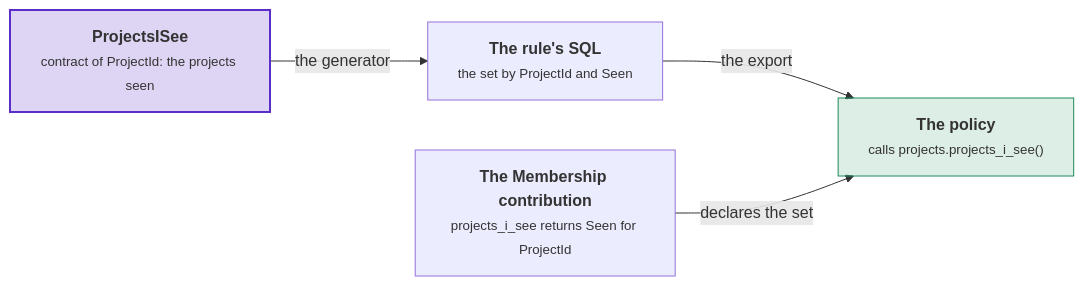
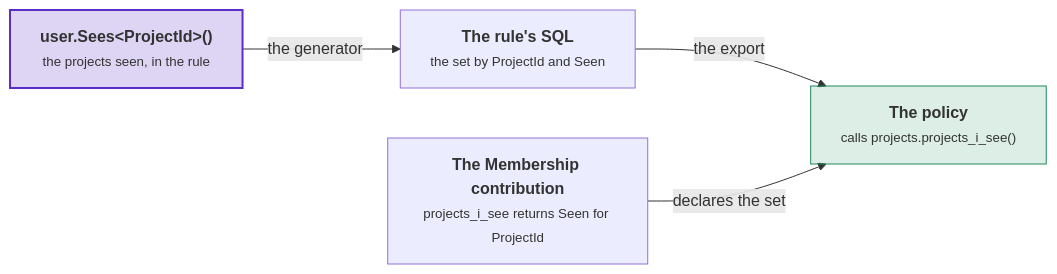
One commit to DylanSnel/DDDToolkit changed the ninth of 14 diagrams in docs/row-level-security.md. Above: the diagram before and after it, drawn with Mermaid. The commit also changed other lines of this file and 102 other files, not shown here.

````diff
--- a/docs/row-level-security.md
+++ b/docs/row-level-security.md
@@ -1689,14 +1707,14 @@
 ```mermaid
 flowchart LR
-    contract["<b>ProjectsISee</b><br/><small>contract of ProjectId: the projects seen</small>"]
+    question["<b>user.Sees&lt;ProjectId&gt;()</b><br/><small>the projects seen, in the rule</small>"]
     rule["<b>The rule's SQL</b><br/><small>the set by ProjectId and Seen</small>"]
     answer["<b>The Membership contribution</b><br/><small>projects_i_see returns Seen for ProjectId</small>"]
     policy["<b>The policy</b><br/><small>calls projects.projects_i_see()</small>"]
-    contract -->|"the generator"| rule
+    question -->|"the generator"| rule
     rule -->|"the export"| policy
     answer -->|"declares the set"| policy
     classDef strong fill:#5b2ec933,stroke:#5b2ec9,stroke-width:2px
     classDef good fill:#1f8a5b26,stroke:#1f8a5b
-    class contract strong
+    class question strong
     class policy good
 ```
````
